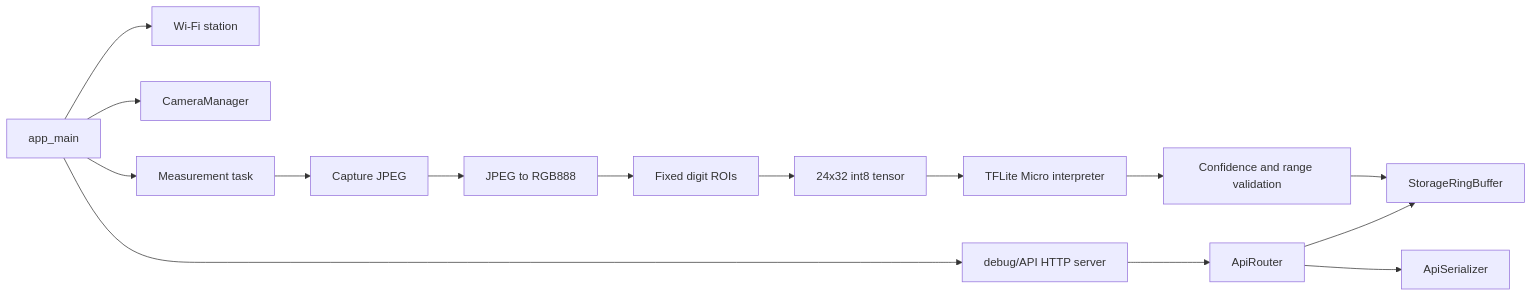
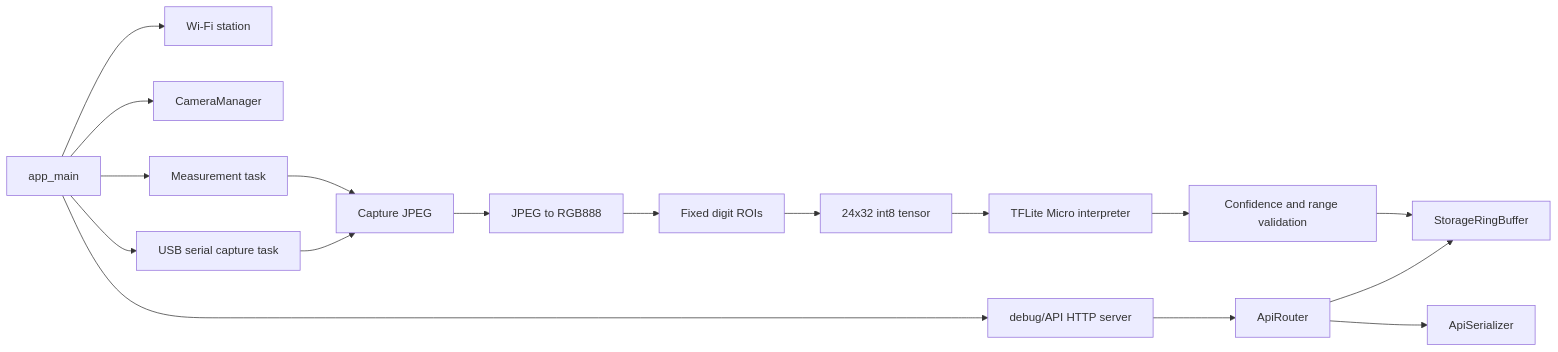
One commit to marcelpetrick/esp32-fever-dream changed the third of 5 diagrams in documents/05_ARCHITECTURE.md. Above: the diagram before and after it, drawn with Mermaid. The commit also changed other lines of this file and 10 other files, not shown here.

First line of the commit message:
feat: add aqs plan and serial capture fallback

````diff
--- a/documents/05_ARCHITECTURE.md
+++ b/documents/05_ARCHITECTURE.md
@@ -62,18 +64,20 @@
 ```mermaid
 flowchart LR
     Boot[app_main] --> Wifi[Wi-Fi station]
     Boot --> Camera[CameraManager]
     Boot --> Server[debug/API HTTP server]
+    Boot --> Serial[USB serial capture task]
     Boot --> Task[Measurement task]
 
     Task --> Capture[Capture JPEG]
     Capture --> Decode[JPEG to RGB888]
     Decode --> Roi[Fixed digit ROIs]
     Roi --> Tensor[24x32 int8 tensor]
     Tensor --> TFLM[TFLite Micro interpreter]
     TFLM --> Validate[Confidence and range validation]
     Validate --> Buffer[StorageRingBuffer]
     Server --> Router[ApiRouter]
+    Serial --> Capture
     Router --> Buffer
     Router --> Json[ApiSerializer]
 ```
````
